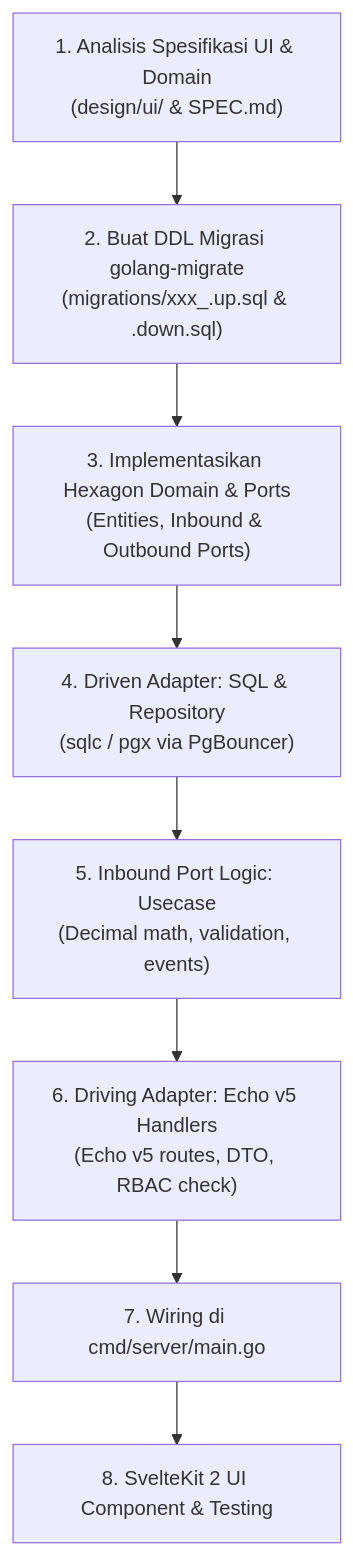
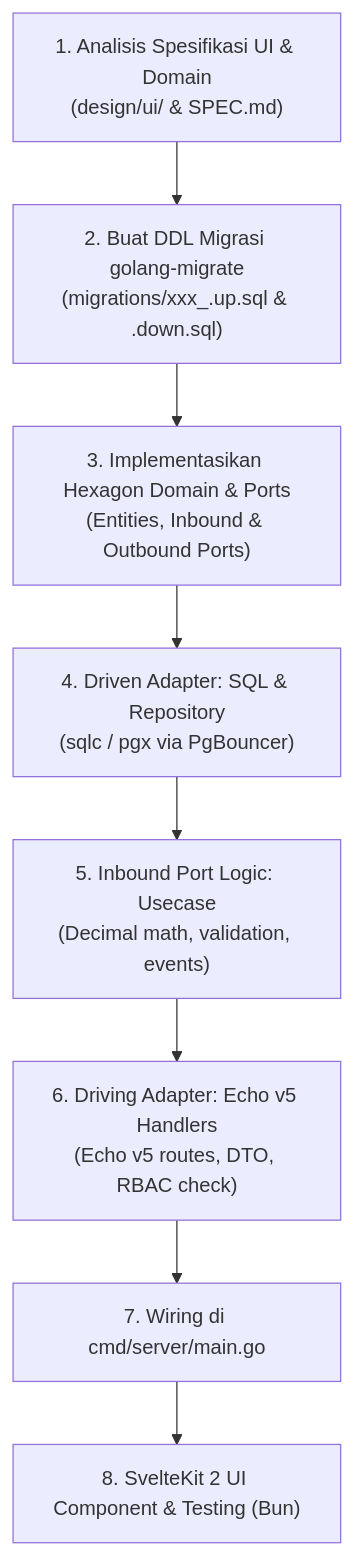
The diagram in .agents/skills/erp-monolith/SKILL.md (jeruktutut2/arp-monolith), drawn with Mermaid before and after one commit. The commit also changed other lines of this file and 6 other files, not shown here.

````diff
--- a/.agents/skills/erp-monolith/SKILL.md
+++ b/.agents/skills/erp-monolith/SKILL.md
@@ -56,10 +56,10 @@
 ```mermaid
 flowchart TD
     A["1. Analisis Spesifikasi UI & Domain<br>(design/ui/<modul> & SPEC.md)"] --> B["2. Buat DDL Migrasi golang-migrate<br>(migrations/xxx_<modul>.up.sql & .down.sql)"]
     B --> C["3. Implementasikan Hexagon Domain & Ports<br>(Entities, Inbound & Outbound Ports)"]
     C --> D["4. Driven Adapter: SQL & Repository<br>(sqlc / pgx via PgBouncer)"]
     D --> E["5. Inbound Port Logic: Usecase<br>(Decimal math, validation, events)"]
     E --> F["6. Driving Adapter: Echo v5 Handlers<br>(Echo v5 routes, DTO, RBAC check)"]
     F --> G["7. Wiring di cmd/server/main.go"]
-    G --> H["8. SvelteKit 2 UI Component & Testing"]
+    G --> H["8. SvelteKit 2 UI Component & Testing (Bun)"]
 ```
````
